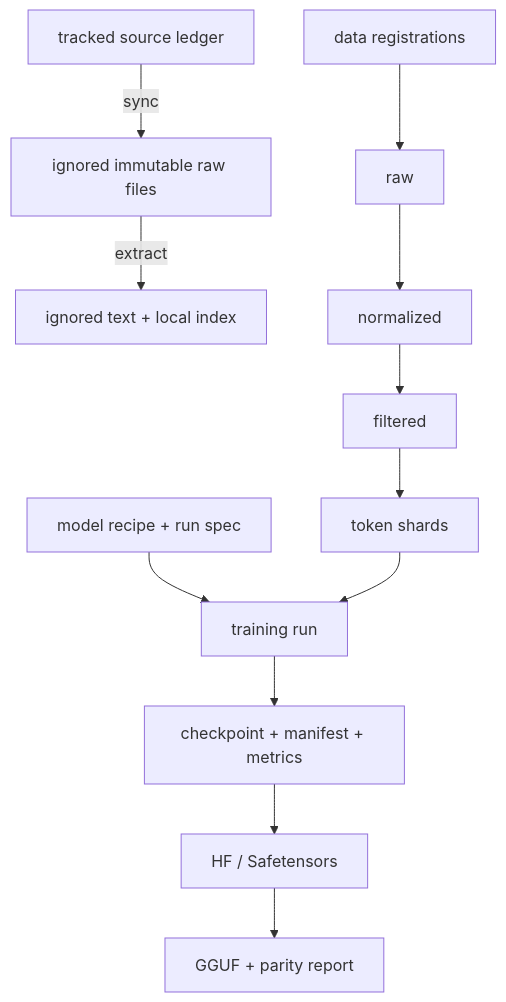
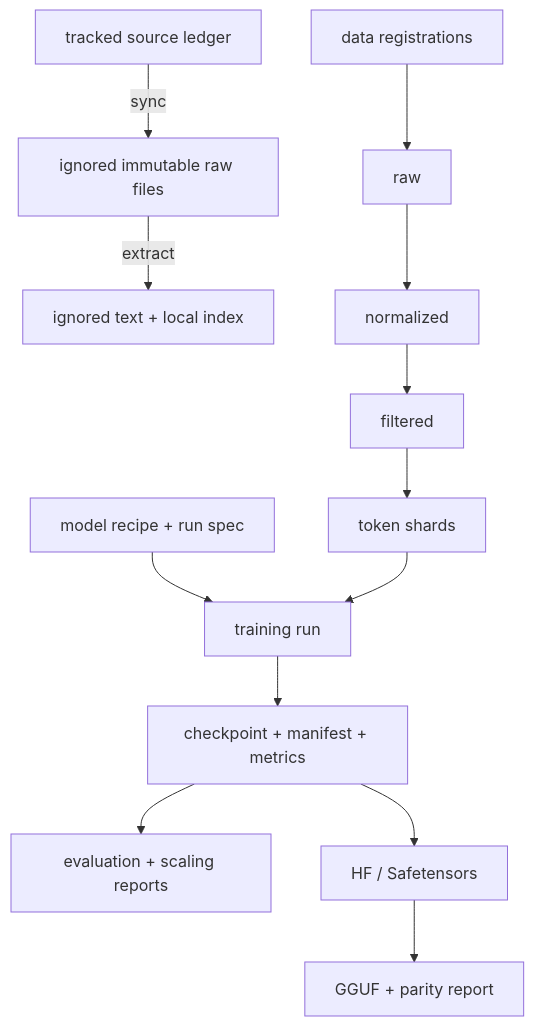
Before and after one commit to en1y/EPOR-ai: the diagram in docs/ARCHITECTURE.md, drawn with Mermaid. The commit also changed other lines of this file and 17 other files, not shown here.

````diff
--- a/docs/ARCHITECTURE.md
+++ b/docs/ARCHITECTURE.md
@@ -48,14 +48,15 @@
 ```mermaid
 flowchart TD
     ledger["tracked source ledger"] -->|sync| raw["ignored immutable raw files"]
     raw -->|extract| extracted["ignored text + local index"]
     registrations["data registrations"] --> source["raw"]
     source --> normalized["normalized"]
     normalized --> filtered["filtered"]
     filtered --> shards["token shards"]
     recipe["model recipe + run spec"] --> run["training run"]
     shards --> run
     run --> outputs["checkpoint + manifest + metrics"]
+    outputs --> evaluation["evaluation + scaling reports"]
     outputs --> export["HF / Safetensors"]
     export --> quantized["GGUF + parity report"]
 ```
````
